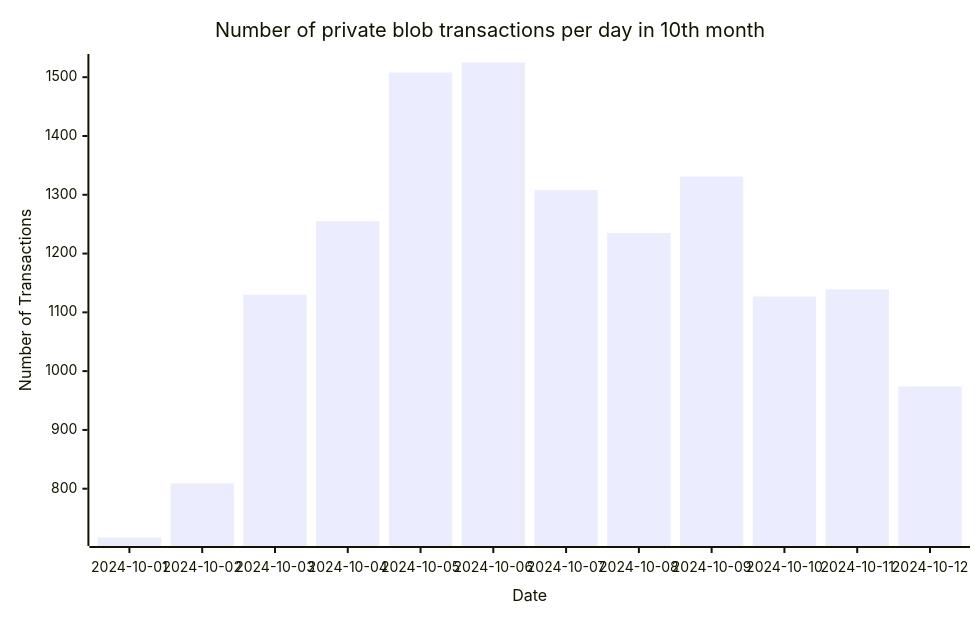
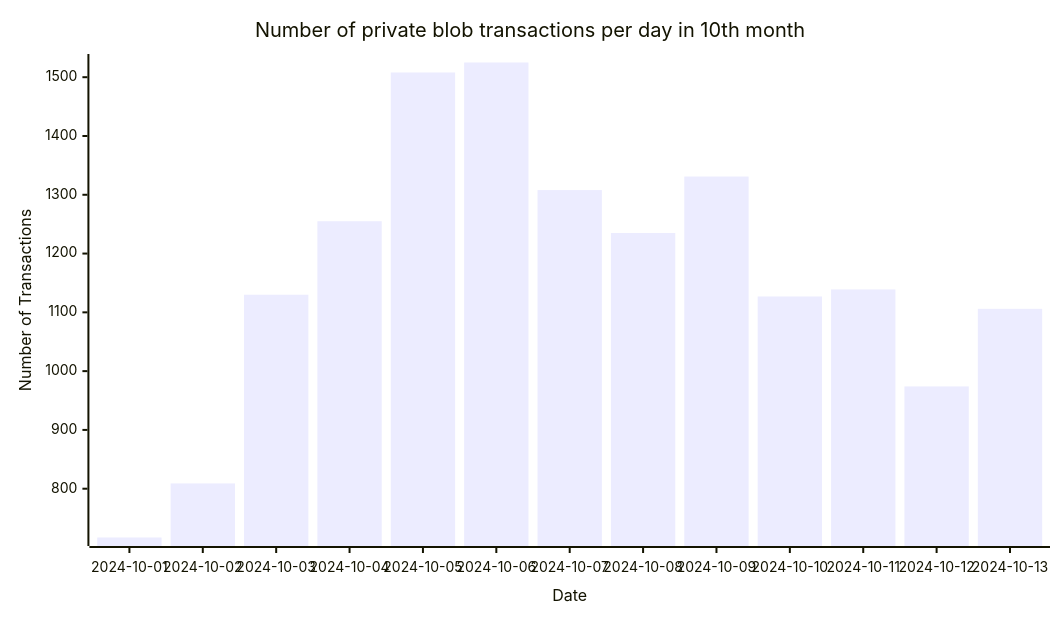
The eighth of 8 diagrams in README.md (Amit0617/eip4844-data), drawn with Mermaid before and after one commit. The commit also changed 1 other file, not shown here.

````diff
--- a/README.md
+++ b/README.md
@@ -92,12 +92,12 @@
 ```mermaid
 ---
 config:
     xyChart:
-        width: 960
+        width: 1040
         height: 600
 ---
 xychart-beta title "Number of private blob transactions per day in 10th month"
-x-axis "Date" [2024-10-01,2024-10-02,2024-10-03,2024-10-04,2024-10-05,2024-10-06,2024-10-07,2024-10-08,2024-10-09,2024-10-10,2024-10-11,2024-10-12]
+x-axis "Date" [2024-10-01,2024-10-02,2024-10-03,2024-10-04,2024-10-05,2024-10-06,2024-10-07,2024-10-08,2024-10-09,2024-10-10,2024-10-11,2024-10-12,2024-10-13]
 y-axis "Number of Transactions"
-bar[717,809,1130,1255,1508,1525,1308,1235,1331,1127,1139,974]
+bar[717,809,1130,1255,1508,1525,1308,1235,1331,1127,1139,974,1106]
 ```
````
